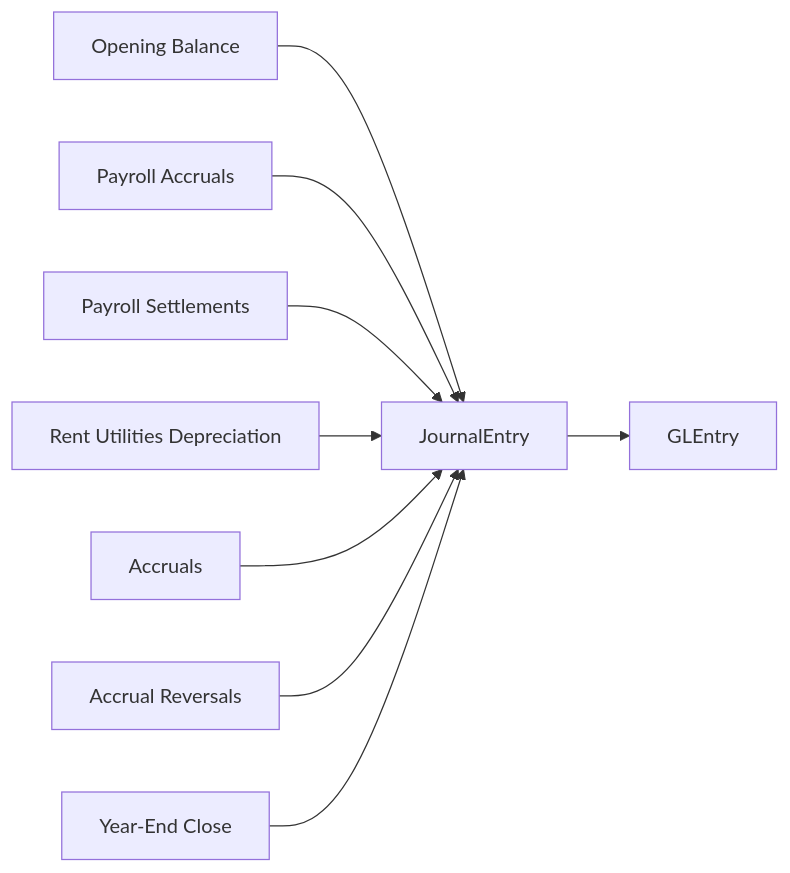
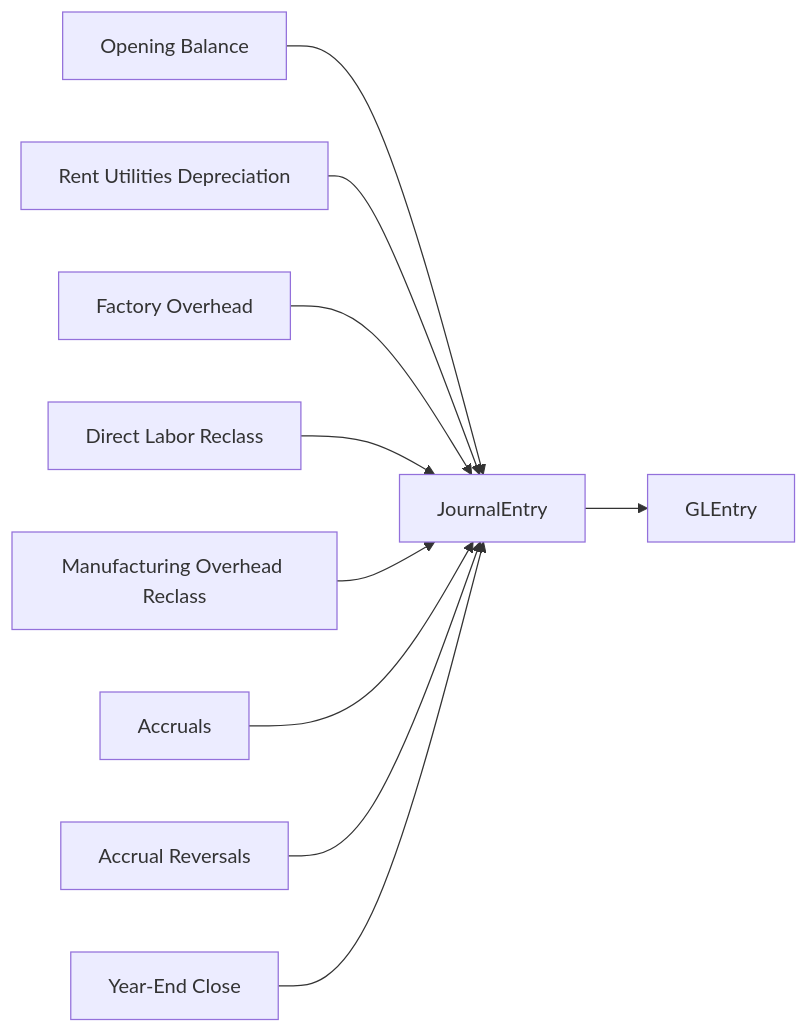
One commit to mmcodesso/CharlesRiver_Database changed the diagram in docs/processes/manual-journals-and-close.md. Above: the diagram before and after it, drawn with Mermaid. The commit also changed other lines of this file and 44 other files, not shown here.

````diff
--- a/docs/processes/manual-journals-and-close.md
+++ b/docs/processes/manual-journals-and-close.md
@@ -22,21 +31,23 @@
 ```mermaid
 flowchart LR
     OB[Opening Balance]
-    PA[Payroll Accruals]
-    PS[Payroll Settlements]
     OR[Rent Utilities Depreciation]
+    FO[Factory Overhead]
+    DL[Direct Labor Reclass]
+    OH[Manufacturing Overhead Reclass]
     AC[Accruals]
     RV[Accrual Reversals]
     YC[Year-End Close]
     JE[JournalEntry]
     GL[GLEntry]
 
     OB --> JE
-    PA --> JE
-    PS --> JE
     OR --> JE
+    FO --> JE
+    DL --> JE
+    OH --> JE
     AC --> JE
     RV --> JE
     YC --> JE
     JE --> GL
 ```
````
